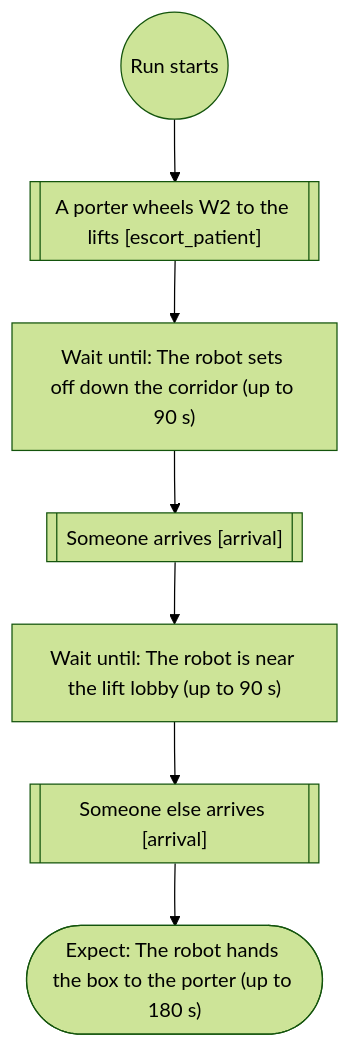
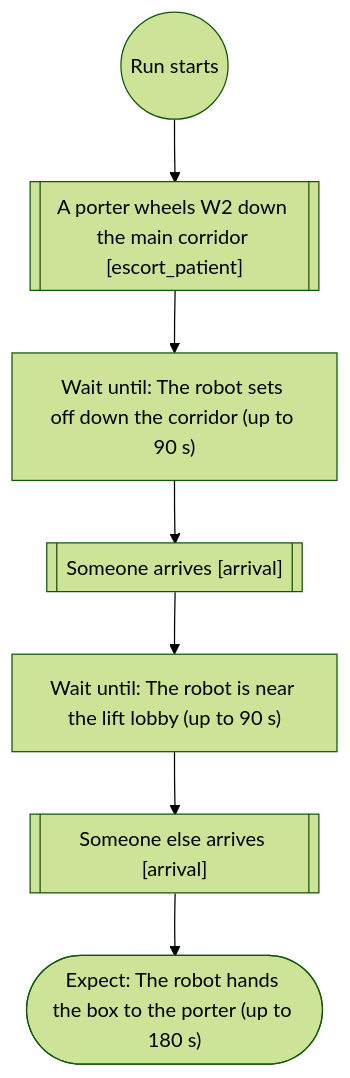
Before and after one commit to Bkrakshith/hospital-sim-agents: the sixth of 9 diagrams in docs/scenario-flows.md, drawn with Mermaid (forest theme). The commit also changed other lines of this file and 4 other files, not shown here.

````diff
--- a/docs/scenario-flows.md
+++ b/docs/scenario-flows.md
@@ -190,16 +190,16 @@
 ```mermaid
 flowchart TD
   n1(("Run starts"))
-  n2[["A porter wheels W2 to the lifts [escort_patient]"]]
+  n2[["A porter wheels W2 down the main corridor [escort_patient]"]]
   n1 --> n2
   n3["Wait until: The robot sets off down the corridor (up to 90 s)"]
   n2 --> n3
   n4[["Someone arrives [arrival]"]]
   n3 --> n4
   n5["Wait until: The robot is near the lift lobby (up to 90 s)"]
   n4 --> n5
   n6[["Someone else arrives [arrival]"]]
   n5 --> n6
   n7(["Expect: The robot hands the box to the porter (up to 180 s)"])
   n6 --> n7
 ```
````
